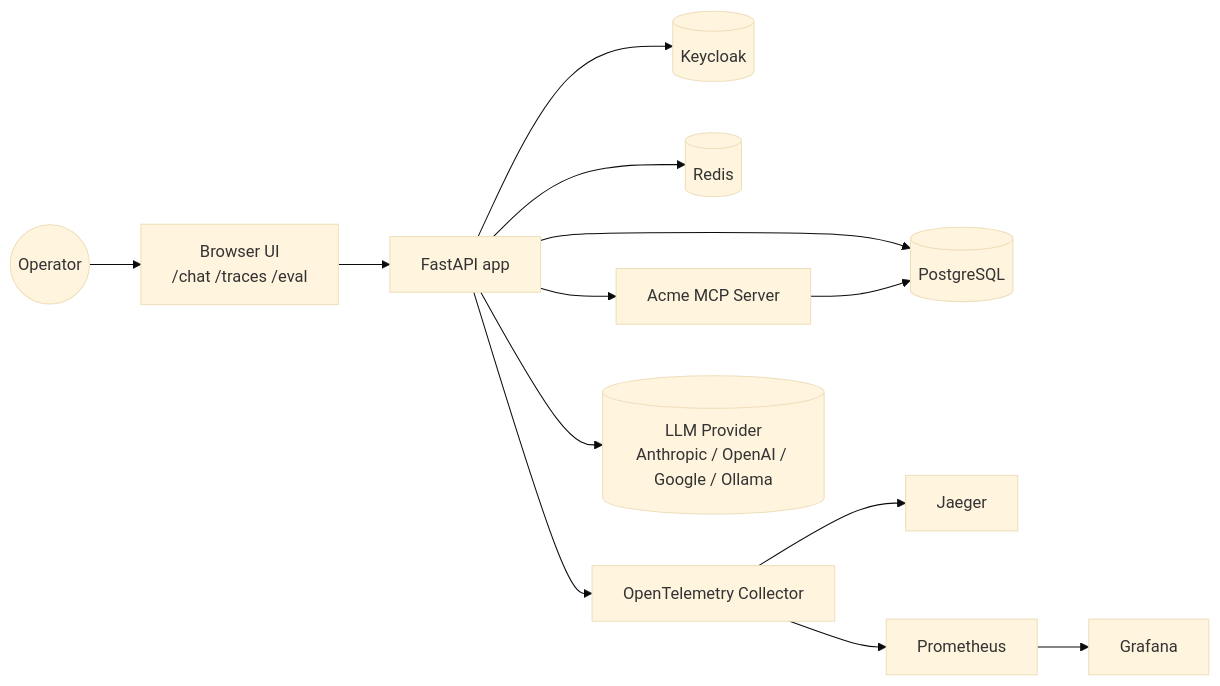
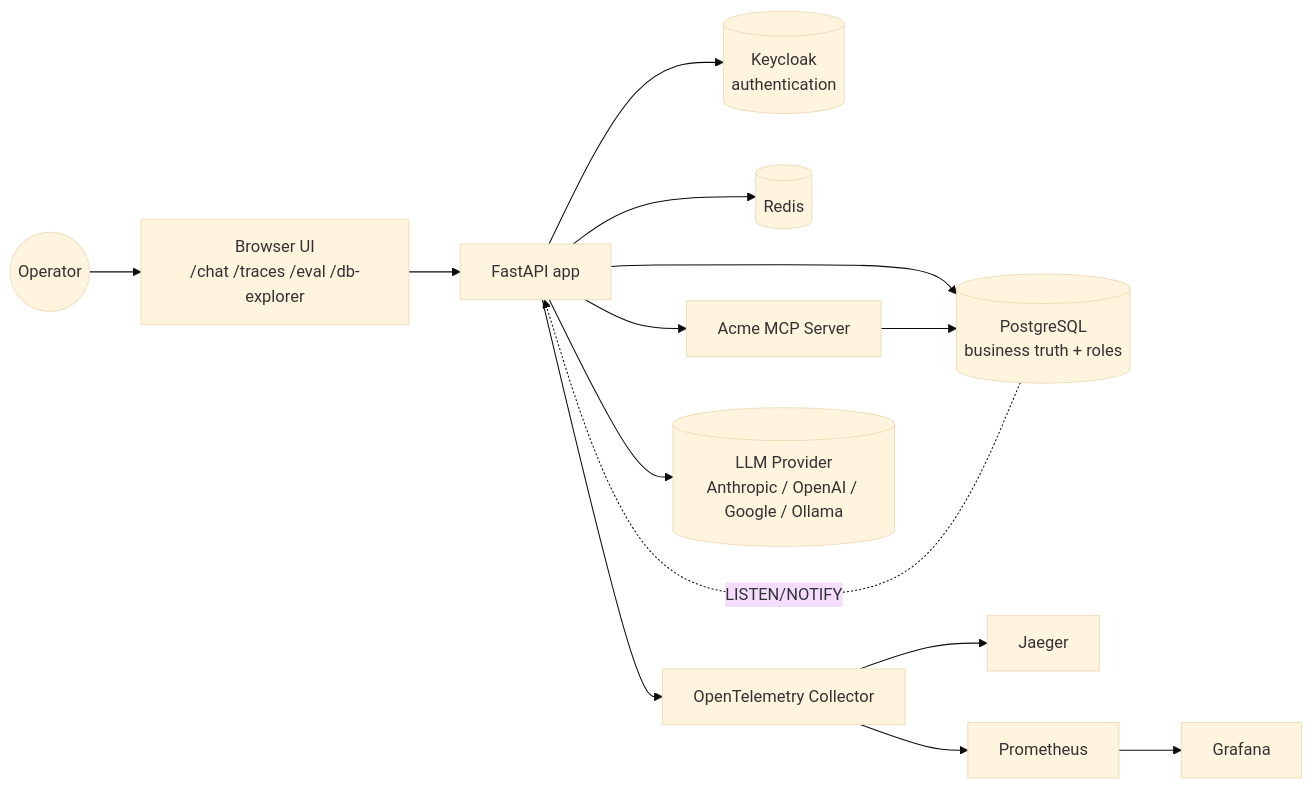
One commit to kvcom/ACME changed the first of 6 diagrams in ARCHITECTURE.md. Above: the diagram before and after it, drawn with Mermaid (base theme). The commit also changed other lines of this file and 12 other files, not shown here.

````diff
--- a/ARCHITECTURE.md
+++ b/ARCHITECTURE.md
@@ -5,15 +5,16 @@
 ```mermaid
 flowchart LR
-    User((Operator)) --> UI[Browser UI<br/>/chat /traces /eval]
+    User((Operator)) --> UI[Browser UI<br/>/chat /traces /eval /db-explorer]
     UI --> App[FastAPI app]
-    App --> KC[(Keycloak)]
-    App --> Postgres[(PostgreSQL)]
+    App --> KC[(Keycloak<br/>authentication)]
+    App --> Postgres[(PostgreSQL<br/>business truth + roles)]
     App --> Redis[(Redis)]
     App --> MCP[Acme MCP Server]
     MCP --> Postgres
     App --> OTel[OpenTelemetry Collector]
     OTel --> Jaeger[Jaeger]
     OTel --> Prom[Prometheus]
     Prom --> Grafana[Grafana]
     App --> LLM[(LLM Provider<br/>Anthropic / OpenAI / Google / Ollama)]
+    Postgres -. LISTEN/NOTIFY .-> App
 ```
````
